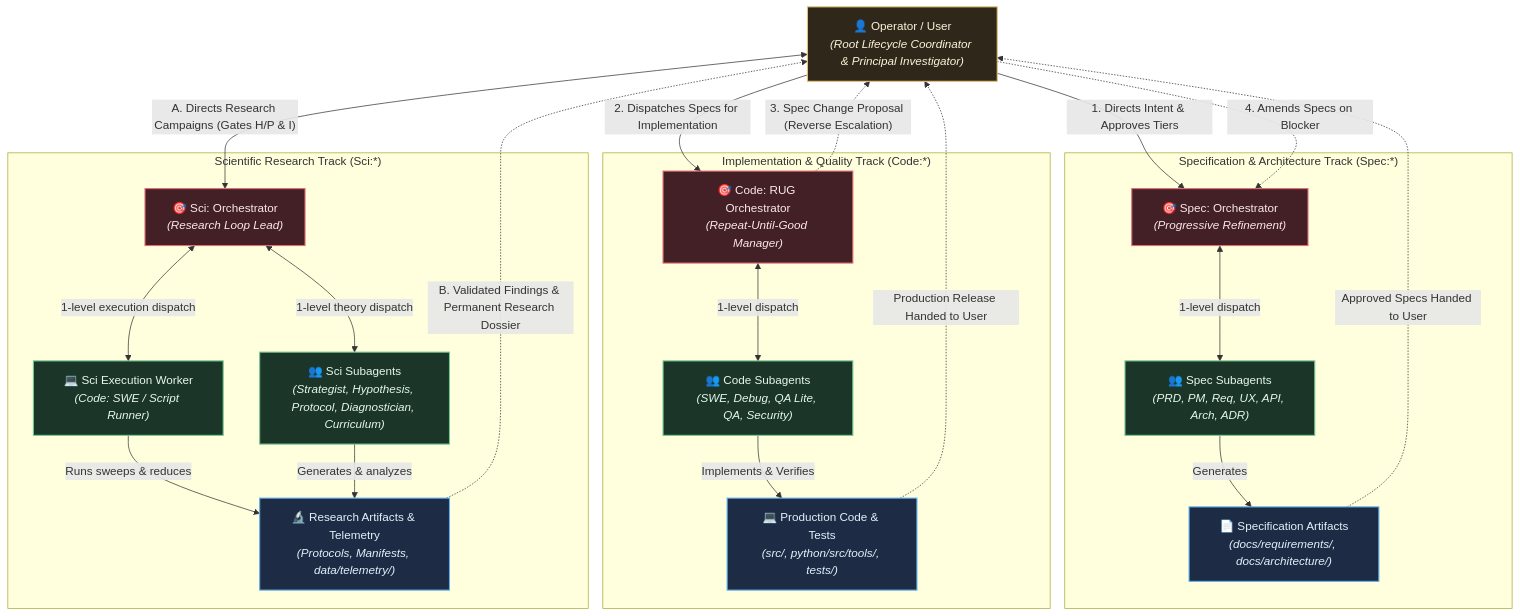
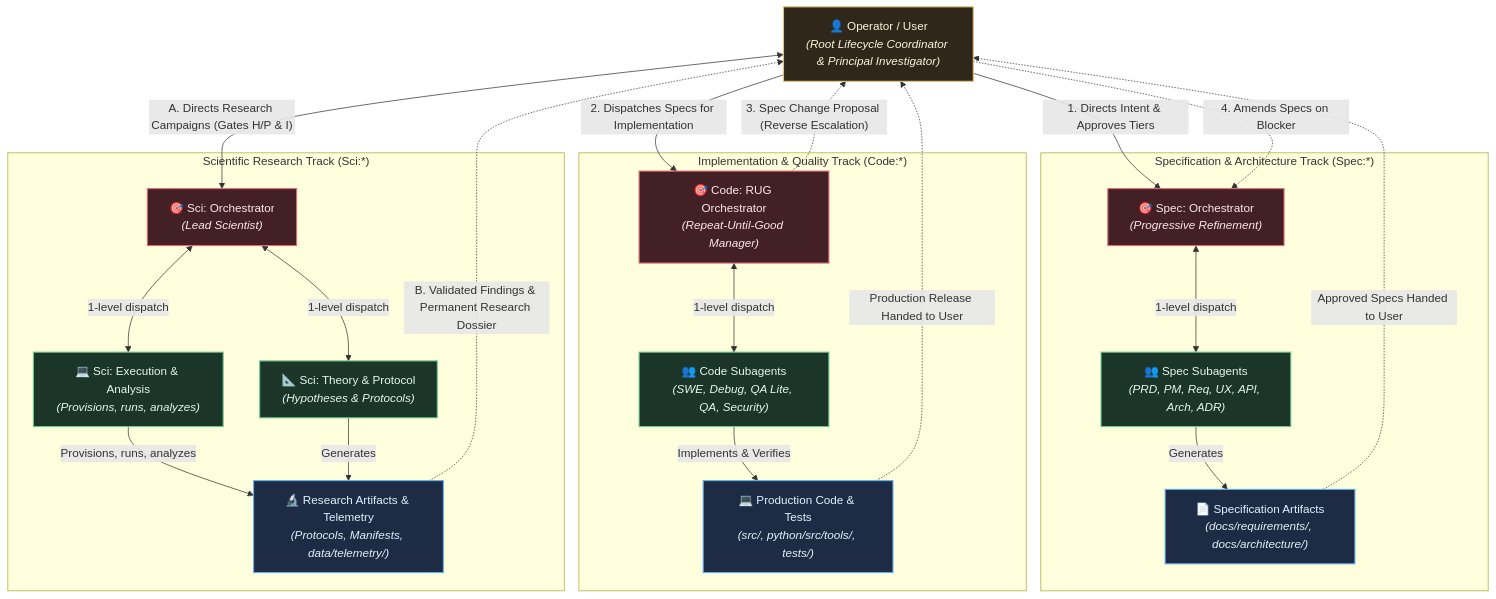
The first of 4 diagrams in README.md (Shapedsundew9/rust-python-template), drawn with Mermaid before and after one commit. The commit also changed other lines of this file and 20 other files, not shown here.

First line of the commit message:
Refactor campaign and experiment templates; introduce new agents for execution analysis and theory/protocol development

````diff
--- a/README.md
+++ b/README.md
@@ -67,74 +67,74 @@
 ```mermaid
 %%{init: {
   'theme': 'base',
   'themeVariables': {
     'darkMode': true,
     'background': '#161922',
     'mainBkg': '#1e2230',
     'nodeBorder': '#434c5e',
     'textColor': '#e2e8f0',
     'fontFamily': 'ui-sans-serif, system-ui, -apple-system, BlinkMacSystemFont, "Segoe UI", Roboto, sans-serif',
     'fontSize': '14px',
     'lineColor': '#8892b0',
     'primaryColor': '#422026',
     'primaryTextColor': '#fde8ec',
     'primaryBorderColor': '#e06c75',
     'secondaryColor': '#1b3528',
     'secondaryTextColor': '#e6f7ee',
     'secondaryBorderColor': '#73c991',
     'tertiaryColor': '#1d2c44',
     'tertiaryTextColor': '#e4f0fc',
     'tertiaryBorderColor': '#61afef',
     'clusterBkg': '#13161f',
     'clusterBorder': '#373e51',
     'noteBkgColor': '#2e271a',
     'noteTextColor': '#fdf4db',
     'noteBorderColor': '#e5c07b',
     'edgeLabelBackground': '#1a1d27'
   }
 }}%%
 flowchart TB
     classDef primary fill:#422026,stroke:#e06c75,stroke-width:1.5px,color:#fde8ec;
     classDef secondary fill:#1b3528,stroke:#73c991,stroke-width:1.5px,color:#e6f7ee;
     classDef tertiary fill:#1d2c44,stroke:#61afef,stroke-width:1.5px,color:#e4f0fc;
     classDef note fill:#2e271a,stroke:#e5c07b,stroke-width:1.5px,color:#fdf4db;
 
     USER["👤 Operator / User<br/><i>(Root Lifecycle Coordinator & Principal Investigator)</i>"]:::note
 
     subgraph SPEC_TRACK["Specification & Architecture Track (Spec:*)"]
         SPEC_O["🎯 Spec: Orchestrator<br/><i>(Progressive Refinement)</i>"]:::primary
         SPEC_SUBS["👥 Spec Subagents<br/><i>(PRD, PM, Req, UX, API, Arch, ADR)</i>"]:::secondary
         SPEC_ARTS["📄 Specification Artifacts<br/><i>(docs/requirements/, docs/architecture/)</i>"]:::tertiary
         SPEC_O <-->|"1-level dispatch"| SPEC_SUBS
         SPEC_SUBS -->|"Generates"| SPEC_ARTS
     end
 
     subgraph CODE_TRACK["Implementation & Quality Track (Code:*)"]
         CODE_O["🎯 Code: RUG Orchestrator<br/><i>(Repeat-Until-Good Manager)</i>"]:::primary
         CODE_SUBS["👥 Code Subagents<br/><i>(SWE, Debug, QA Lite, QA, Security)</i>"]:::secondary
         CODE_PROD["💻 Production Code & Tests<br/><i>(src/, python/src/tools/, tests/)</i>"]:::tertiary
         CODE_O <-->|"1-level dispatch"| CODE_SUBS
         CODE_SUBS -->|"Implements & Verifies"| CODE_PROD
     end
 
     subgraph SCI_TRACK["Scientific Research Track (Sci:*)"]
-        SCI_O["🎯 Sci: Orchestrator<br/><i>(Research Loop Lead)</i>"]:::primary
-        SCI_SUBS["👥 Sci Subagents<br/><i>(Strategist, Hypothesis, Protocol, Diagnostician, Curriculum)</i>"]:::secondary
-        SCI_SWE["💻 Sci Execution Worker<br/><i>(Code: SWE / Script Runner)</i>"]:::secondary
+        SCI_O["🎯 Sci: Orchestrator<br/><i>(Lead Scientist)</i>"]:::primary
+        SCI_THEORY["📐 Sci: Theory & Protocol<br/><i>(Hypotheses & Protocols)</i>"]:::secondary
+        SCI_EXEC["💻 Sci: Execution & Analysis<br/><i>(Provisions, runs, analyzes)</i>"]:::secondary
         SCI_ARTS["🔬 Research Artifacts & Telemetry<br/><i>(Protocols, Manifests, data/telemetry/)</i>"]:::tertiary
-        SCI_O <-->|"1-level theory dispatch"| SCI_SUBS
-        SCI_O <-->|"1-level execution dispatch"| SCI_SWE
-        SCI_SWE -->|"Runs sweeps & reduces"| SCI_ARTS
-        SCI_SUBS -->|"Generates & analyzes"| SCI_ARTS
+        SCI_O <-->|"1-level dispatch"| SCI_THEORY
+        SCI_O <-->|"1-level dispatch"| SCI_EXEC
+        SCI_EXEC -->|"Provisions, runs, analyzes"| SCI_ARTS
+        SCI_THEORY -->|"Generates"| SCI_ARTS
     end
 
     USER -->|"1. Directs Intent & Approves Tiers"| SPEC_O
     SPEC_ARTS -.->|"Approved Specs Handed to User"| USER
     USER -->|"2. Dispatches Specs for Implementation"| CODE_O
     CODE_PROD -.->|"Production Release Handed to User"| USER
     CODE_O -.->|"3. Spec Change Proposal (Reverse Escalation)"| USER
     USER -.->|"4. Amends Specs on Blocker"| SPEC_O
 
     USER <-->|"A. Directs Research Campaigns (Gates H/P & I)"| SCI_O
     SCI_ARTS -.->|"B. Validated Findings & Permanent Research Dossier"| USER
 ```
````
